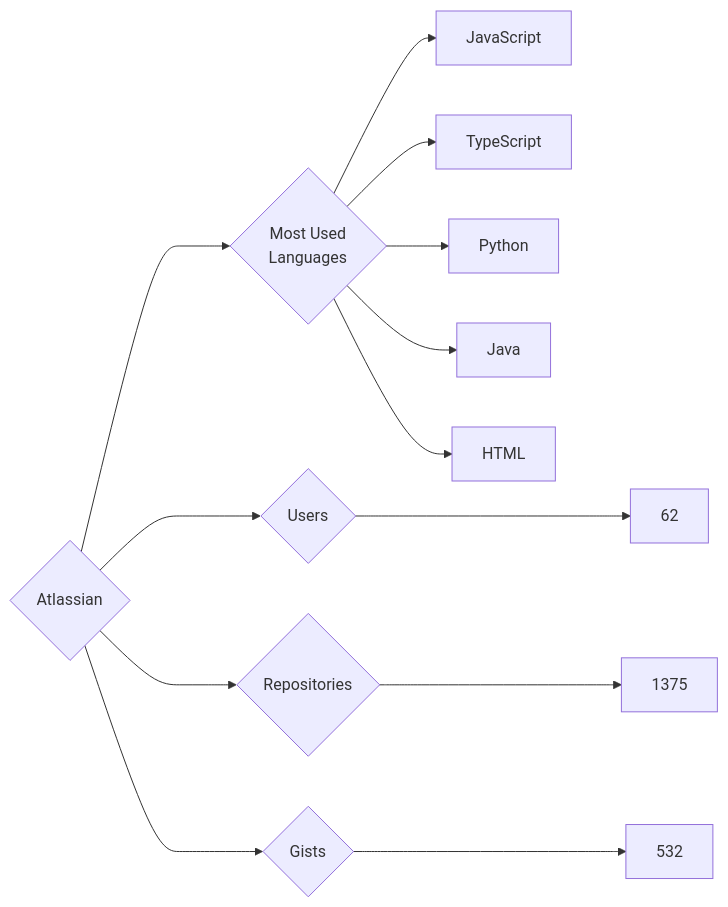
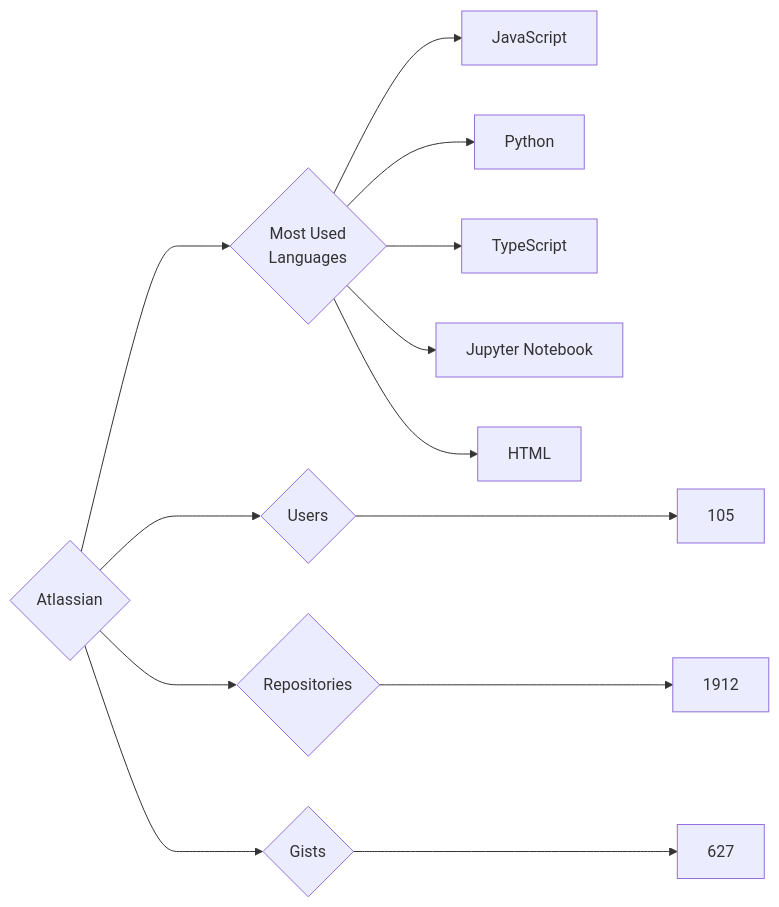
One commit to trickest/insiders changed the diagram in targets/Atlassian/README.md. Above: the diagram before and after it, drawn with Mermaid. The commit also changed 682 other files, not shown here.

````diff
--- a/targets/Atlassian/README.md
+++ b/targets/Atlassian/README.md
@@ -3,13 +3,13 @@
 ```mermaid
 graph LR
 COMPANY_NAME{Atlassian}
-COMPANY_NAME ---> U{Users} ---> UN[62]
-COMPANY_NAME ---> R{Repositories} ---> RN[1375]
-COMPANY_NAME ---> G{Gists} ---> GN[532]
+COMPANY_NAME ---> U{Users} ---> UN[105]
+COMPANY_NAME ---> R{Repositories} ---> RN[1912]
+COMPANY_NAME ---> G{Gists} ---> GN[627]
 COMPANY_NAME ---> ML{Most Used<br>Languages}
 ML --> JavaScript[JavaScript]
+ML --> Python[Python]
 ML --> TypeScript[TypeScript]
-ML --> Python[Python]
-ML --> Java[Java]
+ML --> Jupyter_Notebook[Jupyter Notebook]
 ML --> HTML[HTML]
 ```
````
